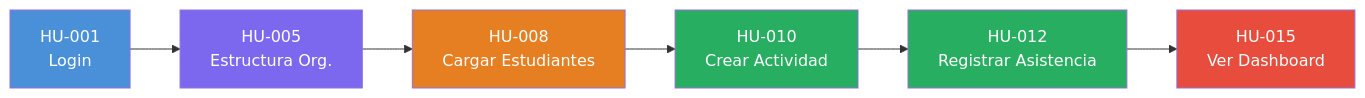
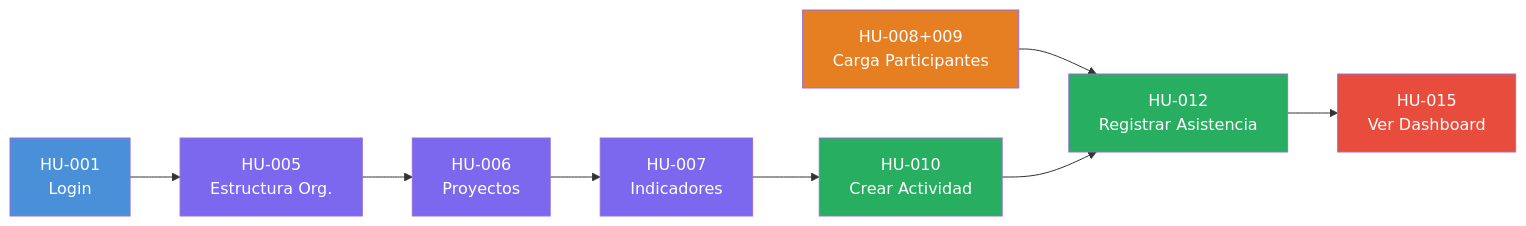
One commit to sibeuco/DocumentacionSibe changed the first of 6 diagrams in docs/artifacts/14.plan_de_liberaciones_del_producto.md. Above: the diagram before and after it, drawn with Mermaid. The commit also changed other lines of this file and 9 other files, not shown here.

````diff
--- a/docs/artifacts/14.plan_de_liberaciones_del_producto.md
+++ b/docs/artifacts/14.plan_de_liberaciones_del_producto.md
@@ -94,18 +92,24 @@
 ```mermaid
 graph LR
     WS1["HU-001<br/>Login"]
     WS2["HU-005<br/>Estructura Org."]
-    WS3["HU-008<br/>Cargar Estudiantes"]
-    WS4["HU-010<br/>Crear Actividad"]
-    WS5["HU-012<br/>Registrar Asistencia"]
-    WS6["HU-015<br/>Ver Dashboard"]
+    WS3["HU-006<br/>Proyectos"]
+    WS4["HU-007<br/>Indicadores"]
+    WS5["HU-008+009<br/>Carga Participantes"]
+    WS6["HU-010<br/>Crear Actividad"]
+    WS7["HU-012<br/>Registrar Asistencia"]
+    WS8["HU-015<br/>Ver Dashboard"]
 
-    WS1 --> WS2 --> WS3 --> WS4 --> WS5 --> WS6
+    WS1 --> WS2 --> WS3 --> WS4 --> WS6
+    WS5 --> WS7 --> WS8
+    WS6 --> WS7
 
     style WS1 fill:#4A90D9,color:#fff
     style WS2 fill:#7B68EE,color:#fff
-    style WS3 fill:#E67E22,color:#fff
-    style WS4 fill:#27AE60,color:#fff
-    style WS5 fill:#27AE60,color:#fff
-    style WS6 fill:#E74C3C,color:#fff
+    style WS3 fill:#7B68EE,color:#fff
+    style WS4 fill:#7B68EE,color:#fff
+    style WS5 fill:#E67E22,color:#fff
+    style WS6 fill:#27AE60,color:#fff
+    style WS7 fill:#27AE60,color:#fff
+    style WS8 fill:#E74C3C,color:#fff
 ```
````
